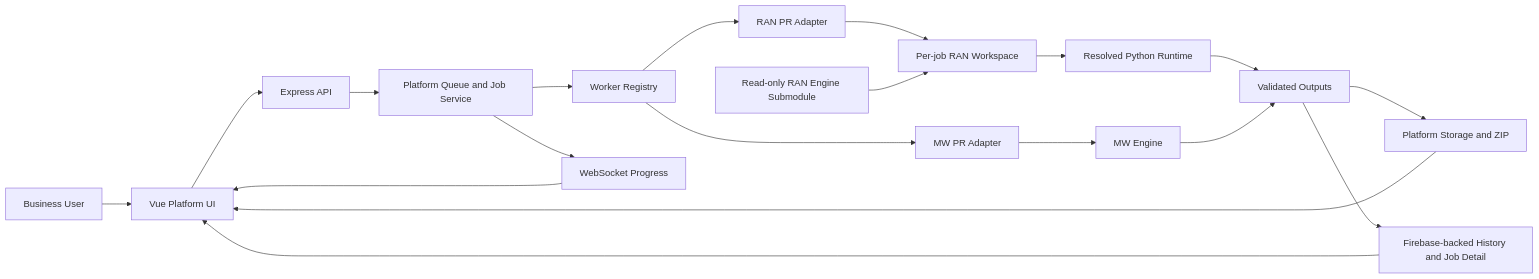
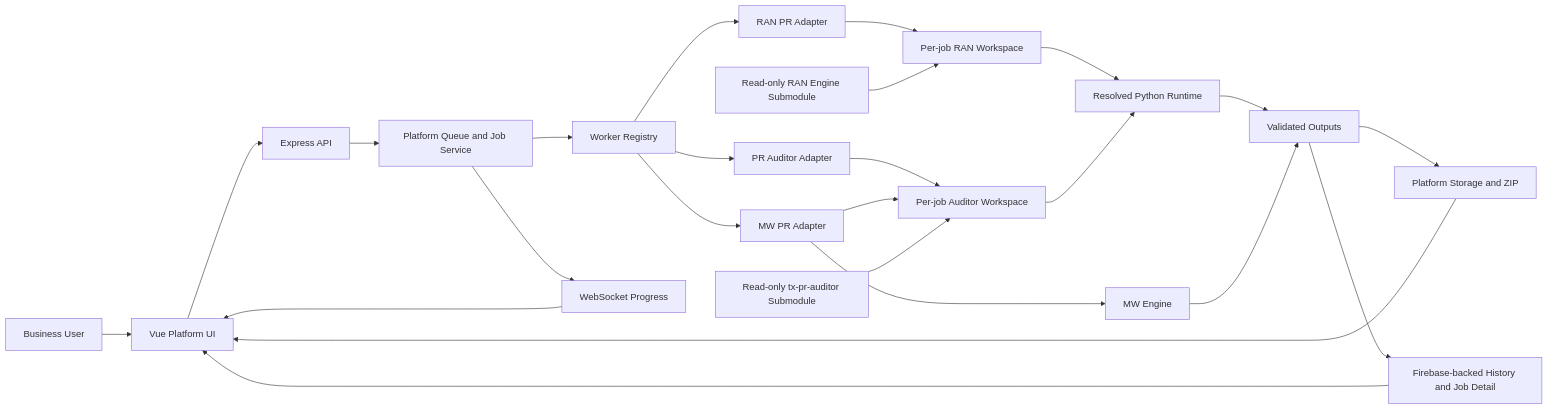
One commit to DemonTweeks/ai-worker-platform changed the diagram in README.md. Above: the diagram before and after it, drawn with Mermaid. The commit also changed other lines of this file and 10 other files, not shown here.

````diff
--- a/README.md
+++ b/README.md
@@ -62,21 +89,26 @@
 ```mermaid
 flowchart LR
   U[Business User] --> UI[Vue Platform UI]
   UI --> API[Express API]
   API --> Q[Platform Queue and Job Service]
   Q --> WR[Worker Registry]
   WR --> MW[MW PR Adapter]
   WR --> RAN[RAN PR Adapter]
+  WR --> AUDIT[PR Auditor Adapter]
   MW --> MWE[MW Engine]
   RAN --> WS[Per-job RAN Workspace]
+  AUDIT --> AWS[Per-job Auditor Workspace]
   RANEngine[Read-only RAN Engine Submodule] --> WS
+  MW --> AWS
+  AuditorEngine[Read-only tx-pr-auditor Submodule] --> AWS
   WS --> PY[Resolved Python Runtime]
+  AWS --> PY
   PY --> OUT[Validated Outputs]
   MWE --> OUT
   OUT --> STORE[Platform Storage and ZIP]
   OUT --> HISTORY[Firebase-backed History and Job Detail]
   Q --> WSS[WebSocket Progress]
   WSS --> UI
   STORE --> UI
   HISTORY --> UI
 ```
````
